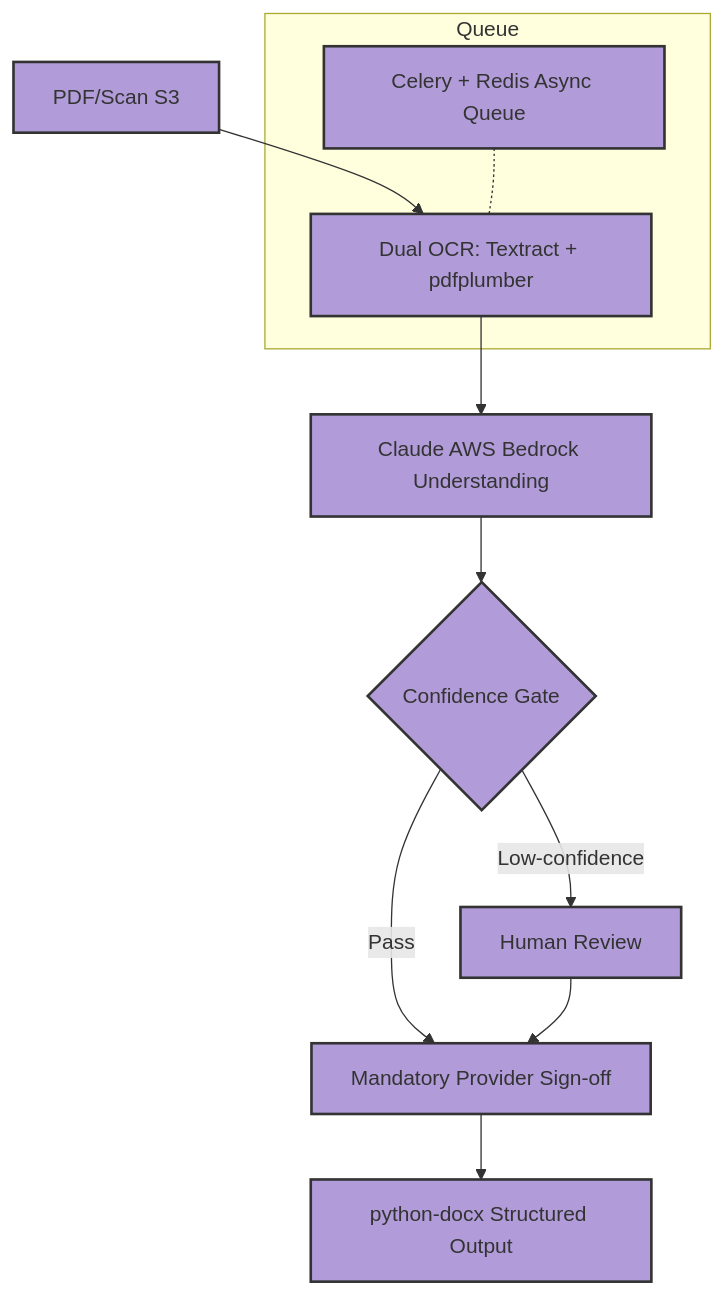
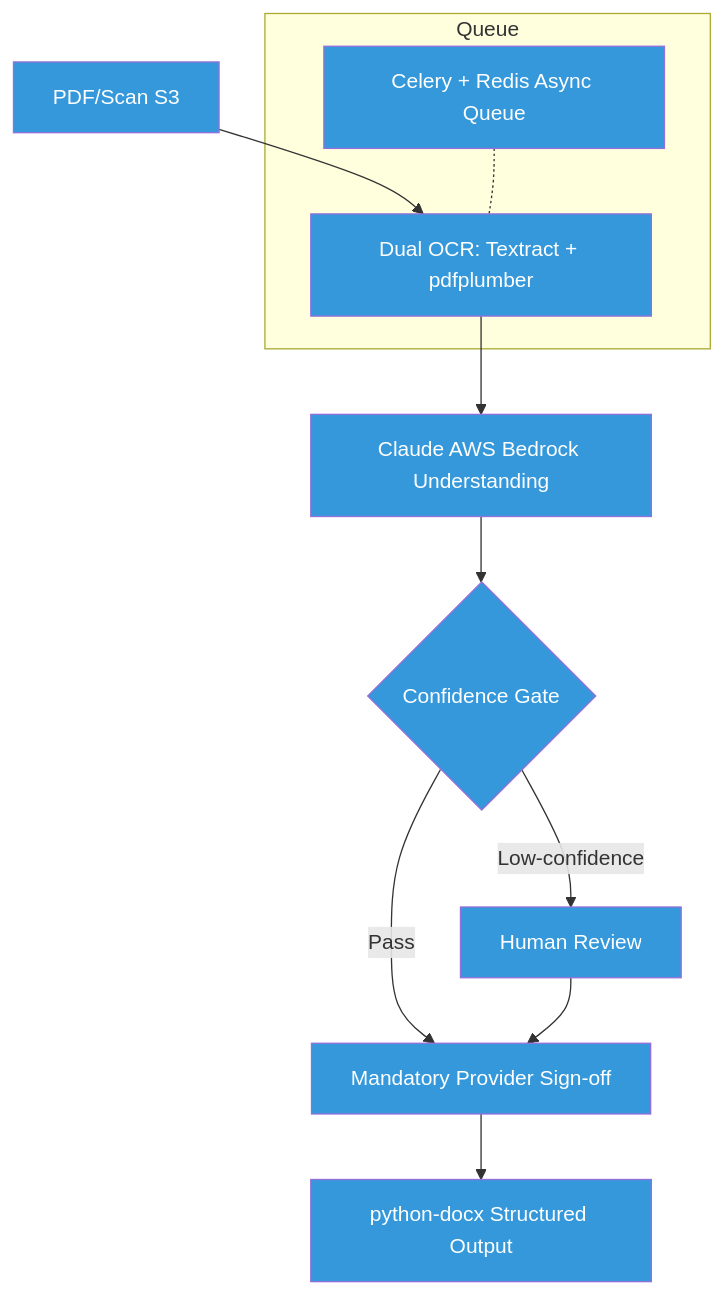
One commit to mdsadrhoman123-stack/medical-document-automation changed the diagram in README.md. Above: the diagram before and after it, drawn with Mermaid. The commit also changed other lines of this file, not shown here.

````diff
--- a/README.md
+++ b/README.md
@@ -26,17 +64,17 @@
 ```mermaid
 flowchart TD
     A[PDF/Scan S3] --> B[Dual OCR: Textract + pdfplumber]
     B --> C[Claude AWS Bedrock Understanding]
     C --> D{Confidence Gate}
     D -- Pass --> E[Mandatory Provider Sign-off]
     D -- Low-confidence --> F[Human Review]
     F --> E
     E --> G[python-docx Structured Output]
     
     subgraph Queue
     H[Celery + Redis Async Queue] -.- B
     end
 
-    classDef purple fill:#B19CD9,stroke:#333,stroke-width:2px;
-    class A,B,C,D,E,F,G,H purple
+    classDef blue fill:#3498db,color:#fff
+    class A,B,C,D,E,F,G,H blue
 ```
````
